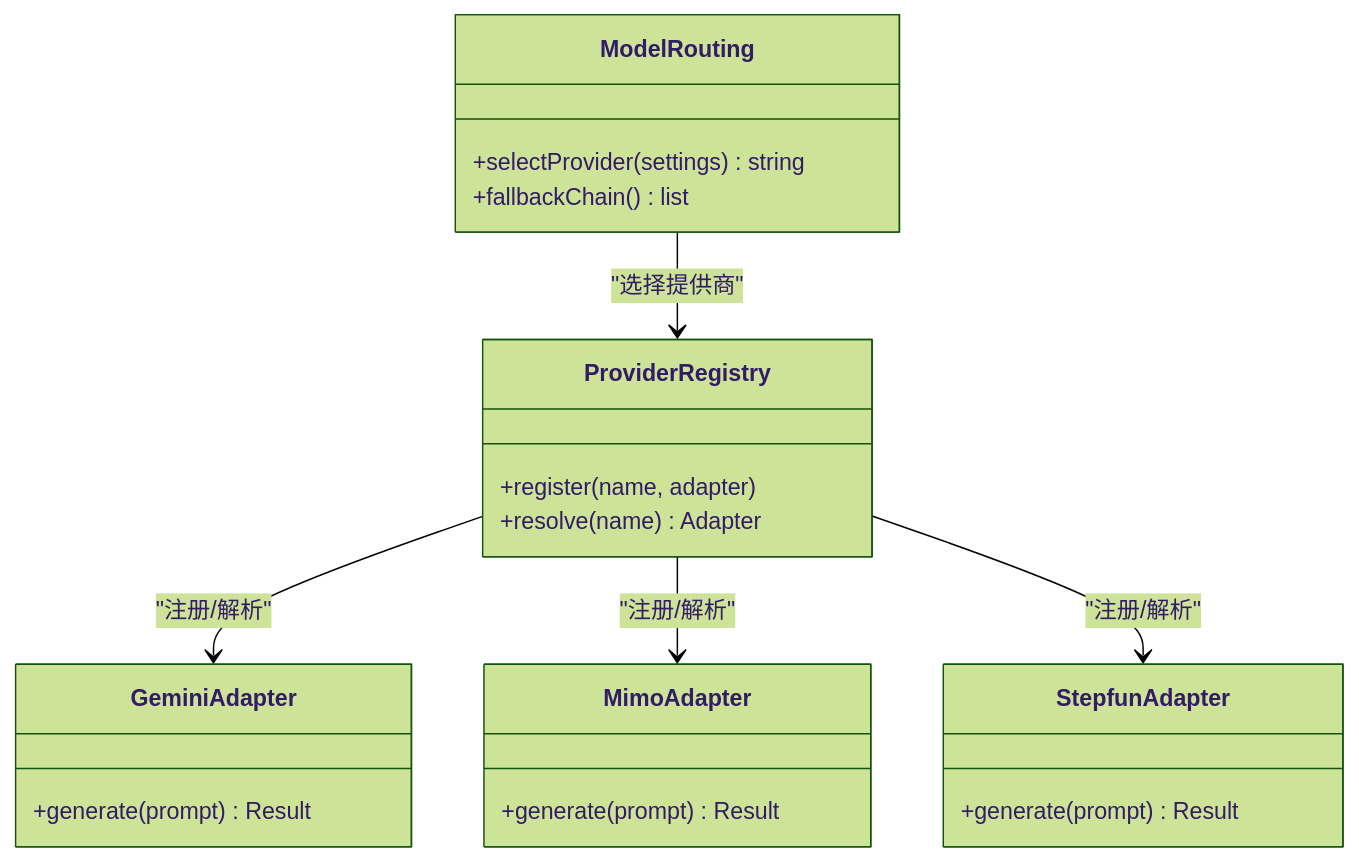
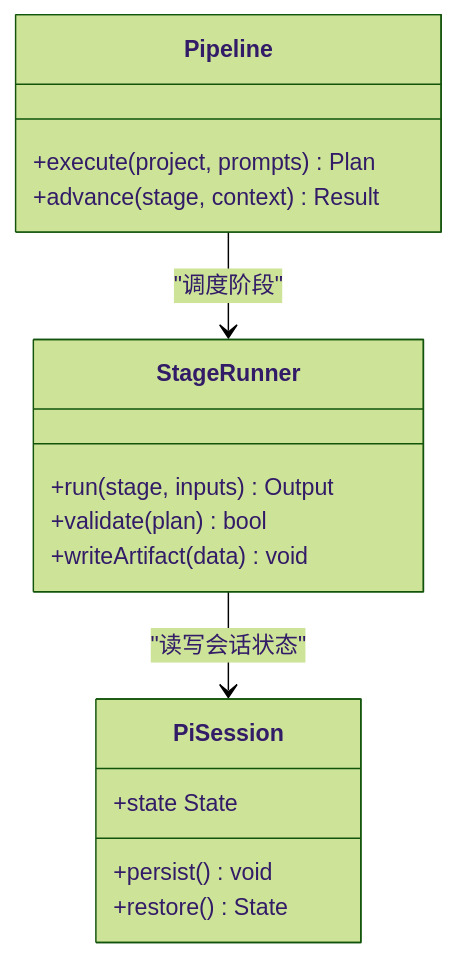
One commit to scottcwy/PurpleInk changed the third of 8 diagrams in .qoder/repowiki/zh/content/项目概述/核心功能特性/核心功能特性.md. Above: the diagram before and after it, drawn with Mermaid (forest theme). The commit also changed other lines of this file and 872 other files, not shown here.

````diff
--- a/.qoder/repowiki/zh/content/项目概述/核心功能特性/核心功能特性.md
+++ b/.qoder/repowiki/zh/content/项目概述/核心功能特性/核心功能特性.md
@@ -136,24 +152,19 @@
 ```mermaid
 classDiagram
-class ProviderRegistry {
-+register(name, adapter)
-+resolve(name) Adapter
+class Pipeline {
++execute(project, prompts) Plan
++advance(stage, context) Result
 }
-class GeminiAdapter {
-+generate(prompt) Result
+class StageRunner {
++run(stage, inputs) Output
++validate(plan) bool
++writeArtifact(data) void
 }
-class MimoAdapter {
-+generate(prompt) Result
+class PiSession {
++state State
++persist() void
++restore() State
 }
-class StepfunAdapter {
-+generate(prompt) Result
-}
-class ModelRouting {
-+selectProvider(settings) string
-+fallbackChain() list
-}
-ProviderRegistry --> GeminiAdapter : "注册/解析"
-ProviderRegistry --> MimoAdapter : "注册/解析"
-ProviderRegistry --> StepfunAdapter : "注册/解析"
-ModelRouting --> ProviderRegistry : "选择提供商"
+Pipeline --> StageRunner : "调度阶段"
+StageRunner --> PiSession : "读写会话状态"
 ```
````
